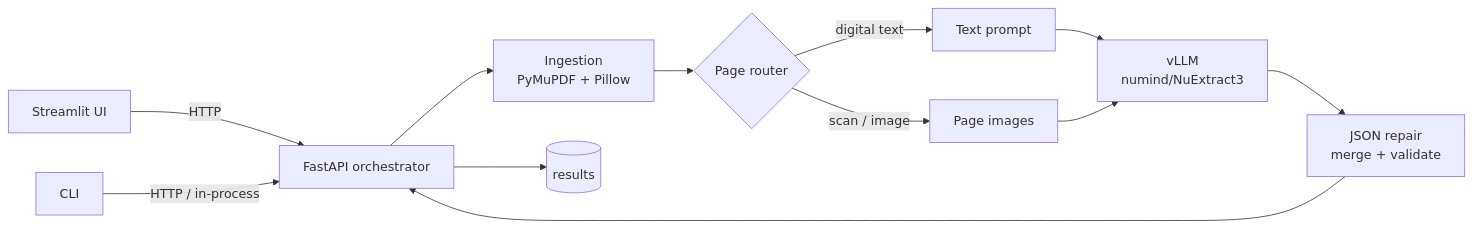
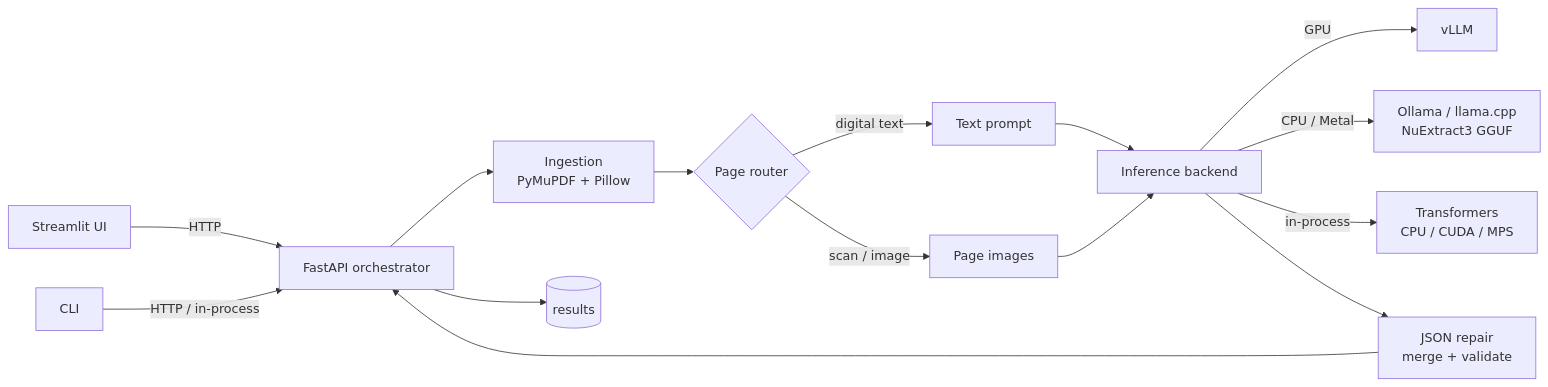
One commit to helmighanmi/App_NuExtract3 changed the diagram in README.md. Above: the diagram before and after it, drawn with Mermaid. The commit also changed other lines of this file and 3 other files, not shown here.

First line of the commit message:
docs: add CPU deployment guide and update architecture

````diff
--- a/README.md
+++ b/README.md
@@ -28,14 +32,17 @@
 ```mermaid
 flowchart LR
     U[Streamlit UI] -->|HTTP| API[FastAPI orchestrator]
     C[CLI] -->|HTTP / in-process| API
     API --> ING[Ingestion<br/>PyMuPDF + Pillow]
     ING --> ROUTE{Page router}
     ROUTE -->|digital text| TXT[Text prompt]
     ROUTE -->|scan / image| IMG[Page images]
-    TXT --> VLLM[vLLM<br/>numind/NuExtract3]
-    IMG --> VLLM
-    VLLM --> POST[JSON repair<br/>merge + validate]
+    TXT --> BACKEND[Inference backend]
+    IMG --> BACKEND
+    BACKEND -->|GPU| VLLM[vLLM]
+    BACKEND -->|CPU / Metal| OLLAMA[Ollama / llama.cpp<br/>NuExtract3 GGUF]
+    BACKEND -->|in-process| HF[Transformers<br/>CPU / CUDA / MPS]
+    BACKEND --> POST[JSON repair<br/>merge + validate]
     POST --> API
     API --> UI[(results)]
 ```
````
